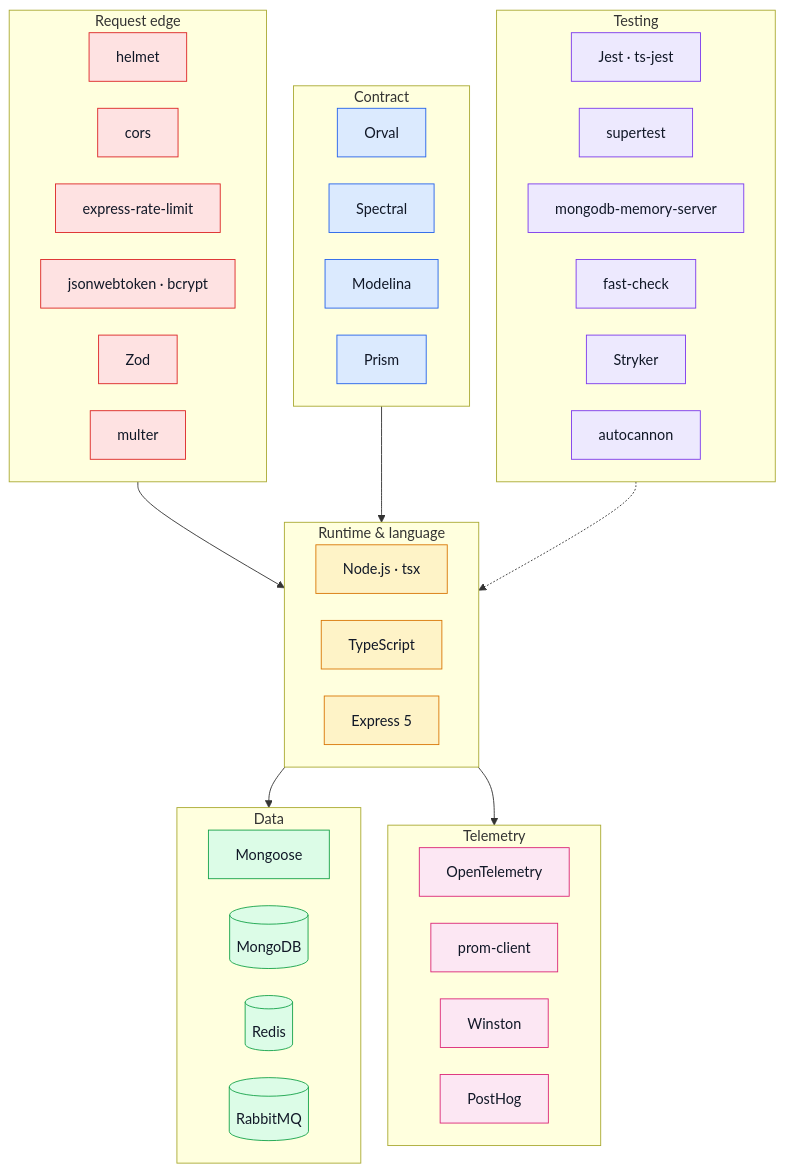
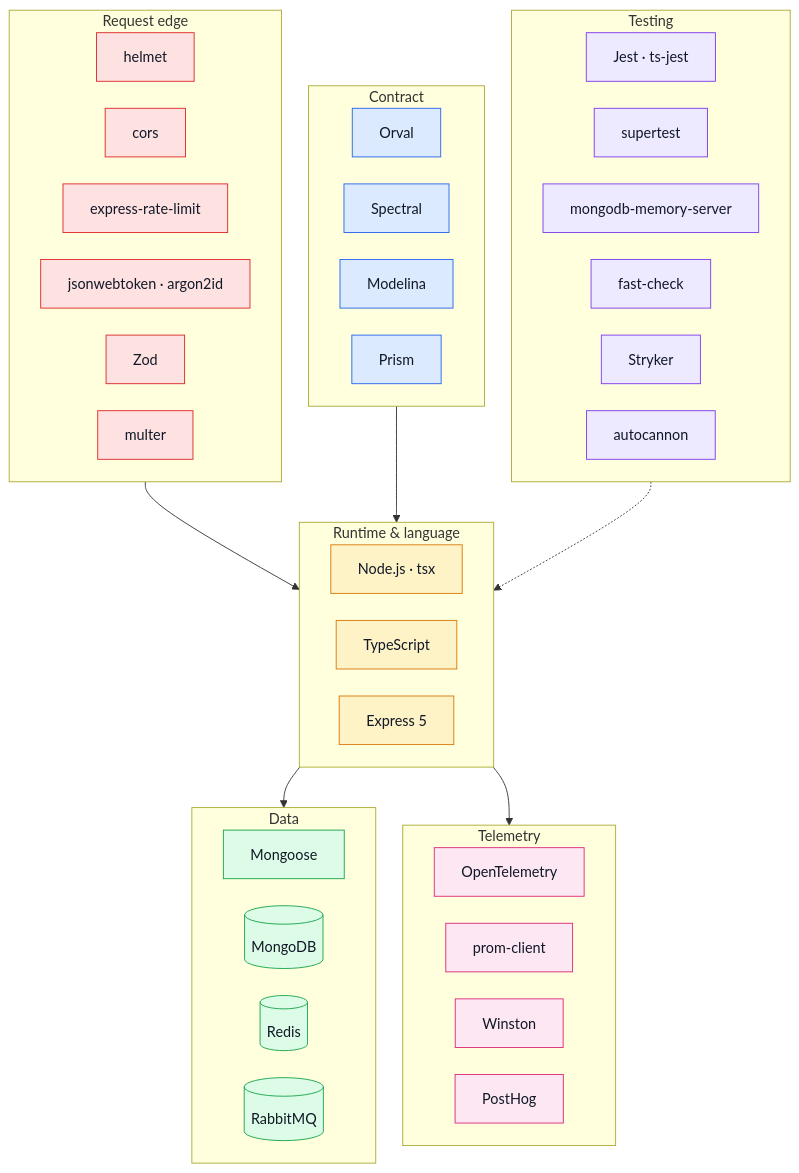
The diagram in docs/tools/tools-explained.md (Guebbit/boilerplate-node-backend), drawn with Mermaid before and after one commit. The commit also changed other lines of this file and 36 other files, not shown here.

````diff
--- a/docs/tools/tools-explained.md
+++ b/docs/tools/tools-explained.md
@@ -10,67 +10,67 @@
 ```mermaid
 %%{init: {'flowchart': {'nodeSpacing': 30, 'rankSpacing': 45}}}%%
 flowchart TD
     subgraph RUN["Runtime & language"]
         NODE["Node.js · tsx"]
         TS["TypeScript"]
         EXPRESS["Express 5"]
     end
 
     subgraph DATA["Data"]
         MONGOOSE["Mongoose"]
         MONGO[("MongoDB")]
         REDIS[("Redis")]
         RMQ[("RabbitMQ")]
     end
 
     subgraph SEC["Request edge"]
         HELMET["helmet"]
         CORS["cors"]
         RATE["express-rate-limit"]
-        JWT["jsonwebtoken · bcrypt"]
+        JWT["jsonwebtoken · argon2id"]
         ZOD["Zod"]
         MULTER["multer"]
     end
 
     subgraph CONTRACT["Contract"]
         ORVAL["Orval"]
         SPECTRAL["Spectral"]
         MODELINA["Modelina"]
         PRISM["Prism"]
     end
 
     subgraph TEST["Testing"]
         JEST["Jest · ts-jest"]
         SUPERTEST["supertest"]
         MEMSERVER["mongodb-memory-server"]
         FC["fast-check"]
         STRYKER["Stryker"]
         AUTOCANNON["autocannon"]
     end
 
     subgraph OBS["Telemetry"]
         OTEL["OpenTelemetry"]
         PROM["prom-client"]
         WINSTON["Winston"]
         POSTHOG["PostHog"]
     end
 
     SEC --> RUN
     RUN --> DATA
     RUN --> OBS
     CONTRACT --> RUN
     TEST -.-> RUN
 
     classDef run fill:#fef3c7,stroke:#d97706,color:#111827;
     classDef data fill:#dcfce7,stroke:#16a34a,color:#111827;
     classDef sec fill:#fee2e2,stroke:#dc2626,color:#111827;
     classDef contract fill:#dbeafe,stroke:#2563eb,color:#111827;
     classDef test fill:#ede9fe,stroke:#7c3aed,color:#111827;
     classDef obs fill:#fce7f3,stroke:#db2777,color:#111827;
     class NODE,TS,EXPRESS run;
     class MONGOOSE,MONGO,REDIS,RMQ,MIGRATE data;
     class HELMET,CORS,RATE,JWT,ZOD,MULTER sec;
     class ORVAL,SPECTRAL,MODELINA,PRISM contract;
     class JEST,SUPERTEST,MEMSERVER,FC,STRYKER,AUTOCANNON test;
     class OTEL,PROM,WINSTON,POSTHOG obs;
 ```
````
